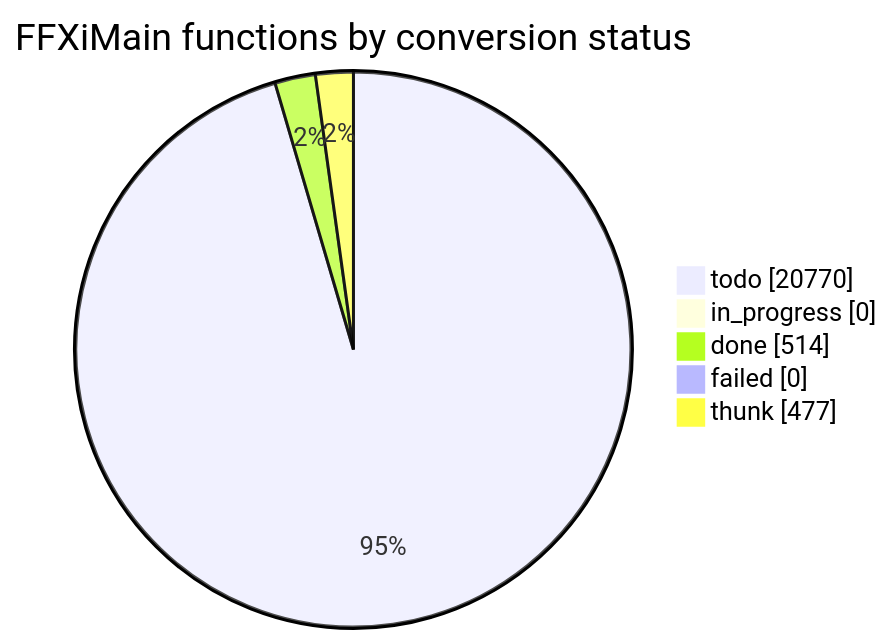
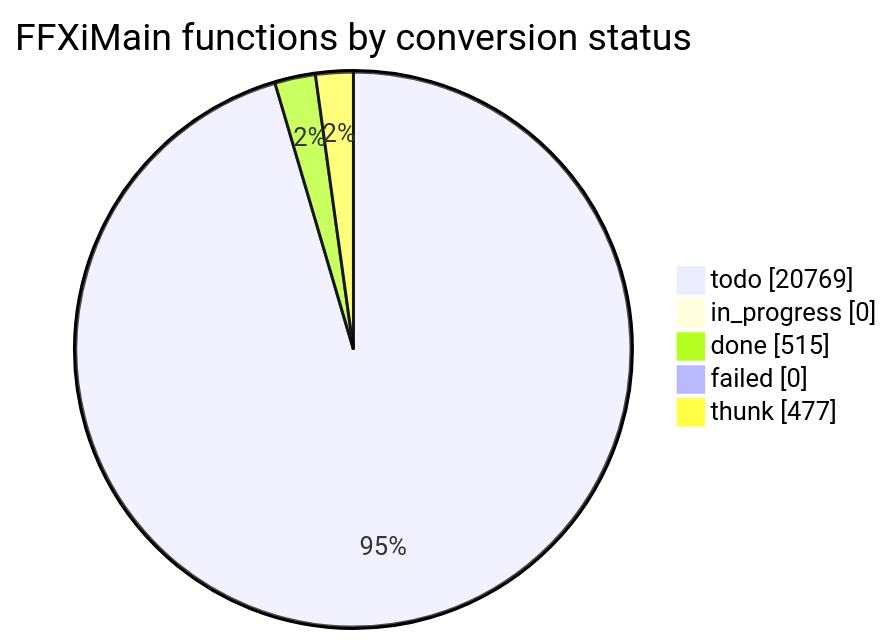
The diagram in docs/cow/STATUS.md (cowrevenge/cow_kuluu_xi_anything), drawn with Mermaid before and after one commit. The commit also changed other lines of this file and 9 other files, not shown here.

````diff
--- a/docs/cow/STATUS.md
+++ b/docs/cow/STATUS.md
@@ -18,9 +18,9 @@
 ```mermaid
 pie showData
     title FFXiMain functions by conversion status
-    "todo" : 20770
+    "todo" : 20769
     "in_progress" : 0
-    "done" : 514
+    "done" : 515
     "failed" : 0
     "thunk" : 477
 ```
````
